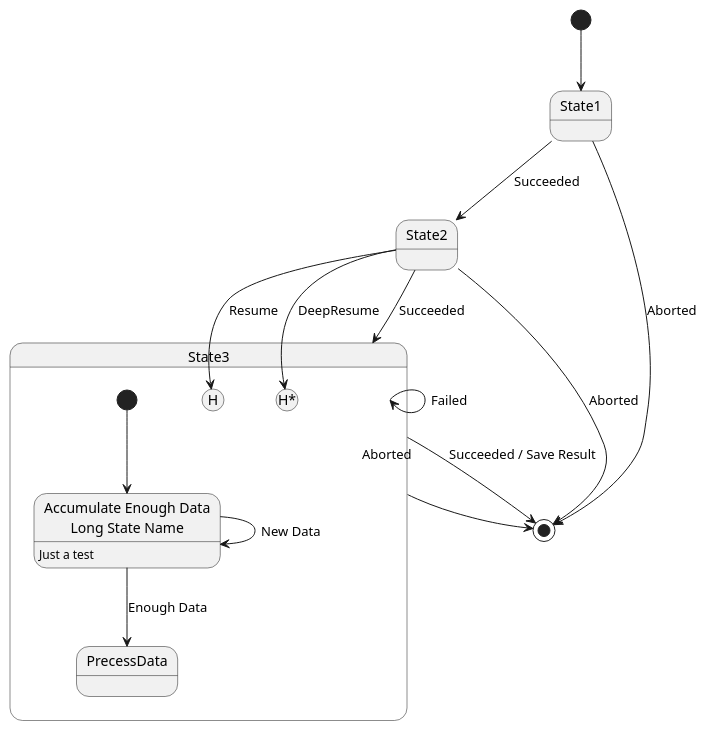
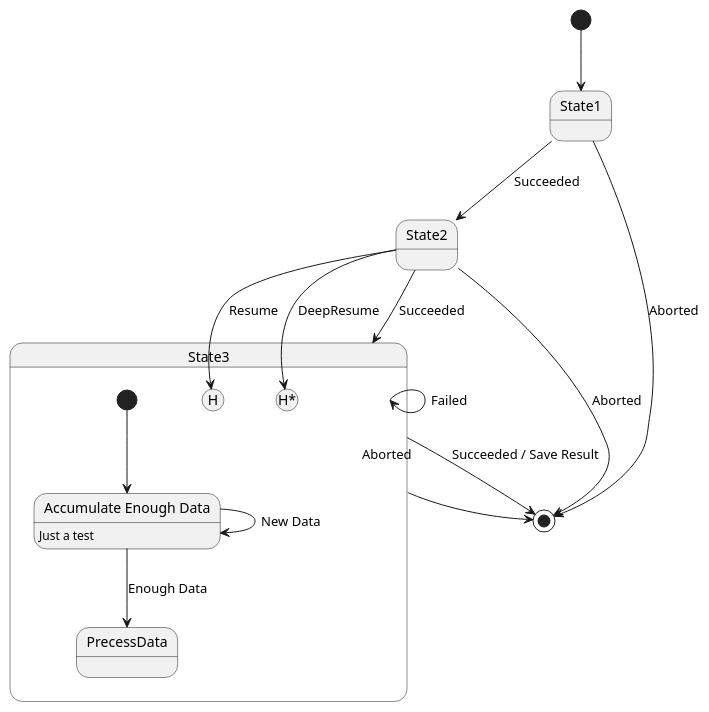
Before and after one commit to Konstantin-Dudersky/dataclass_to_diagram_rs: the diagram in dataclass_to_diagram_rs_test/diagrams/state_machine_6.puml, drawn with PlantUML. The commit also changed 4 other files, not shown here.

```diff
--- a/dataclass_to_diagram_rs_test/diagrams/state_machine_6.puml
+++ b/dataclass_to_diagram_rs_test/diagrams/state_machine_6.puml
@@ -1,30 +1,30 @@
 @startuml
 
 state Start <<start>>
 state "State1" as State1
 state "State2" as State2
 state "State3" as State3 {
     state State3History <<history>>
     state State3DeepHistory <<history*>>
     state State3Start <<start>>
-    state "Accumulate Enough Data\nLong State Name" as State3Accum
+    state "Accumulate Enough Data" as State3Accum
     State3Accum : Just a test
     state "PrecessData" as State3ProcessData
 }
 state End <<end>>
 
 Start --> State1
 State1 --> State2 : Succeeded
 State1 --> End : Aborted
 State2 --> State3 : Succeeded
 State2 --> End : Aborted
 State2 --> State3History : Resume
 State2 --> State3DeepHistory : DeepResume
 State3 --> End : Succeeded / Save Result
 State3 --> End : Aborted
 State3 --> State3 : Failed
 State3Start --> State3Accum
 State3Accum --> State3Accum : New Data
 State3Accum --> State3ProcessData : Enough Data
 
 @enduml
```
